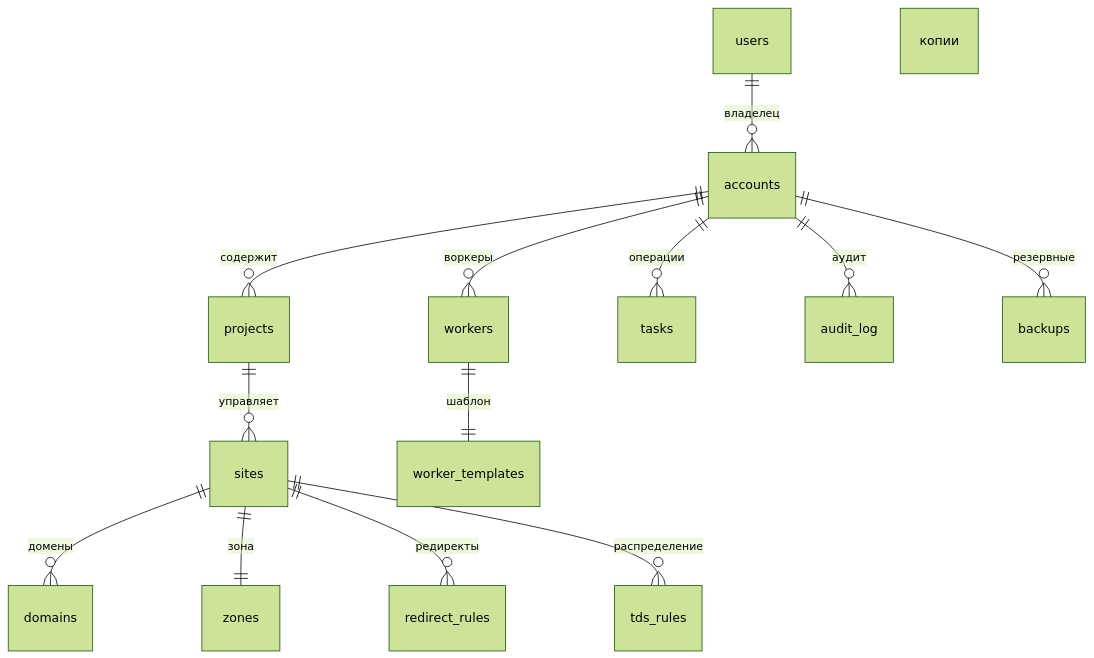
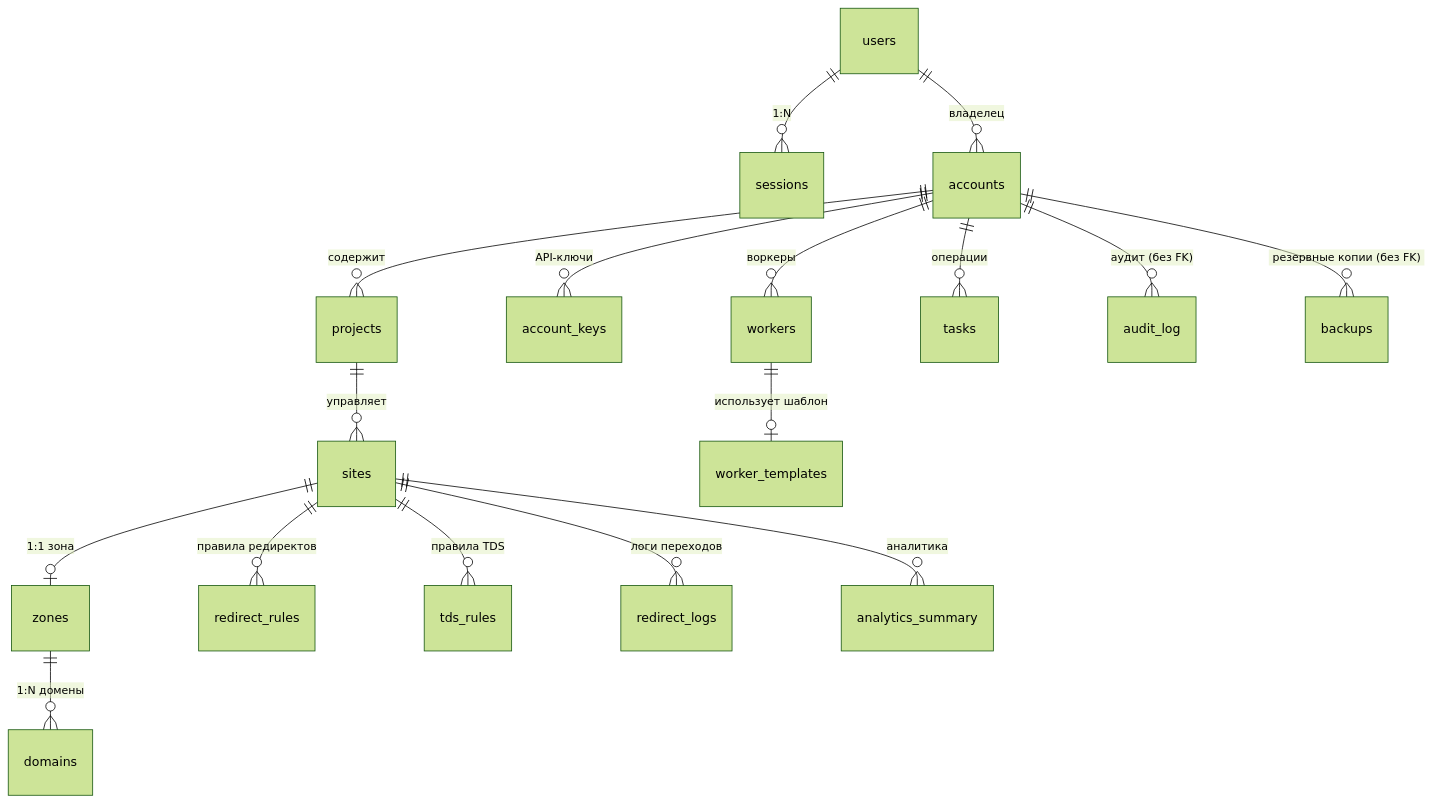
Before and after one commit to admin310st/301: the diagram in wiki/Data_Model.md, drawn with Mermaid (forest theme). The commit also changed other lines of this file, not shown here.

````diff
--- a/wiki/Data_Model.md
+++ b/wiki/Data_Model.md
@@ -77,19 +121,24 @@
 ```mermaid
 erDiagram
-    users ||--o{ accounts : владелец
-    accounts ||--o{ projects : содержит
-
-    projects ||--o{ sites : управляет
-    sites ||--o{ domains : домены
-    sites ||--|| zones : зона
-
-    sites ||--o{ redirect_rules : редиректы
-    sites ||--o{ tds_rules : распределение
-
-    accounts ||--o{ workers : воркеры
-    workers ||--|| worker_templates : шаблон
-
-    accounts ||--o{ tasks : операции
-    accounts ||--o{ audit_log : аудит
-    accounts ||--o{ backups : резервные копии
+    users ||--o{ sessions : "1:N"
+    users ||--o{ accounts : "владелец"
+    
+    accounts ||--o{ projects : "содержит"
+    accounts ||--o{ account_keys : "API-ключи"
+    accounts ||--o{ workers : "воркеры"
+    accounts ||--o{ tasks : "операции"
+    accounts ||--o{ audit_log : "аудит (без FK)"
+    accounts ||--o{ backups : "резервные копии (без FK)"
+    
+    projects ||--o{ sites : "управляет"
+    
+    sites ||--o| zones : "1:1 зона"
+    sites ||--o{ redirect_rules : "правила редиректов"
+    sites ||--o{ tds_rules : "правила TDS"
+    sites ||--o{ redirect_logs : "логи переходов"
+    sites ||--o{ analytics_summary : "аналитика"
+    
+    zones ||--o{ domains : "1:N домены"
+    
+    workers ||--o| worker_templates : "использует шаблон"
 ```
````
